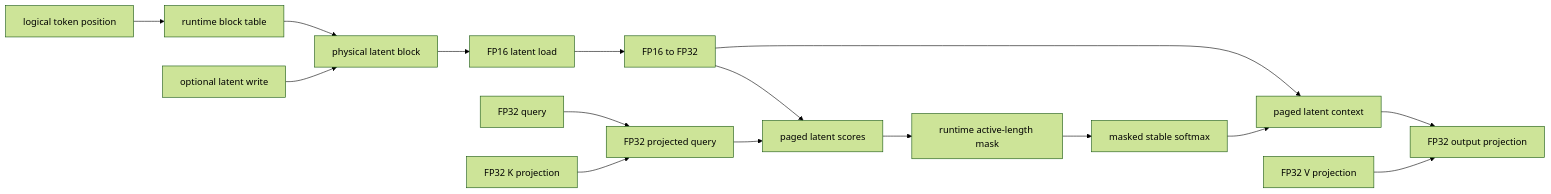
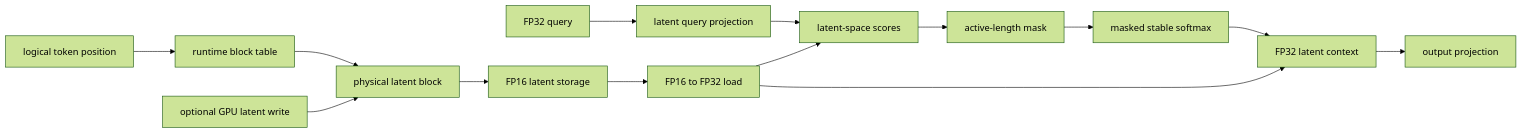
One commit to tatavishnurao/LatentPagedAttention-rs changed the diagram in docs/ARCHITECTURE.md. Above: the diagram before and after it, drawn with Mermaid (forest theme). The commit also changed other lines of this file and 7 other files, not shown here.

````diff
--- a/docs/ARCHITECTURE.md
+++ b/docs/ARCHITECTURE.md
@@ -3,18 +21,16 @@
 ```mermaid
 flowchart LR
     token[logical token position] --> table[runtime block table]
     table --> phys[physical latent block]
-    write[optional latent write] --> phys
-    phys --> load[FP16 latent load]
-    load --> cast[FP16 to FP32]
-    q[FP32 query] --> projq[FP32 projected query]
-    kproj[FP32 K projection] --> projq
-    cast --> scores[paged latent scores]
-    projq --> scores
-    scores --> mask[runtime active-length mask]
+    write[optional GPU latent write] --> phys
+    phys --> storage[FP16 latent storage]
+    storage --> cast[FP16 to FP32 load]
+    q[FP32 query] --> qproj[latent query projection]
+    qproj --> scores[latent-space scores]
+    cast --> scores
+    scores --> mask[active-length mask]
     mask --> softmax[masked stable softmax]
-    softmax --> lctx[paged latent context]
-    cast --> lctx
-    vproj[FP32 V projection] --> out[FP32 output projection]
-    lctx --> out
+    softmax --> context[FP32 latent context]
+    cast --> context
+    context --> output[output projection]
 ```
````
